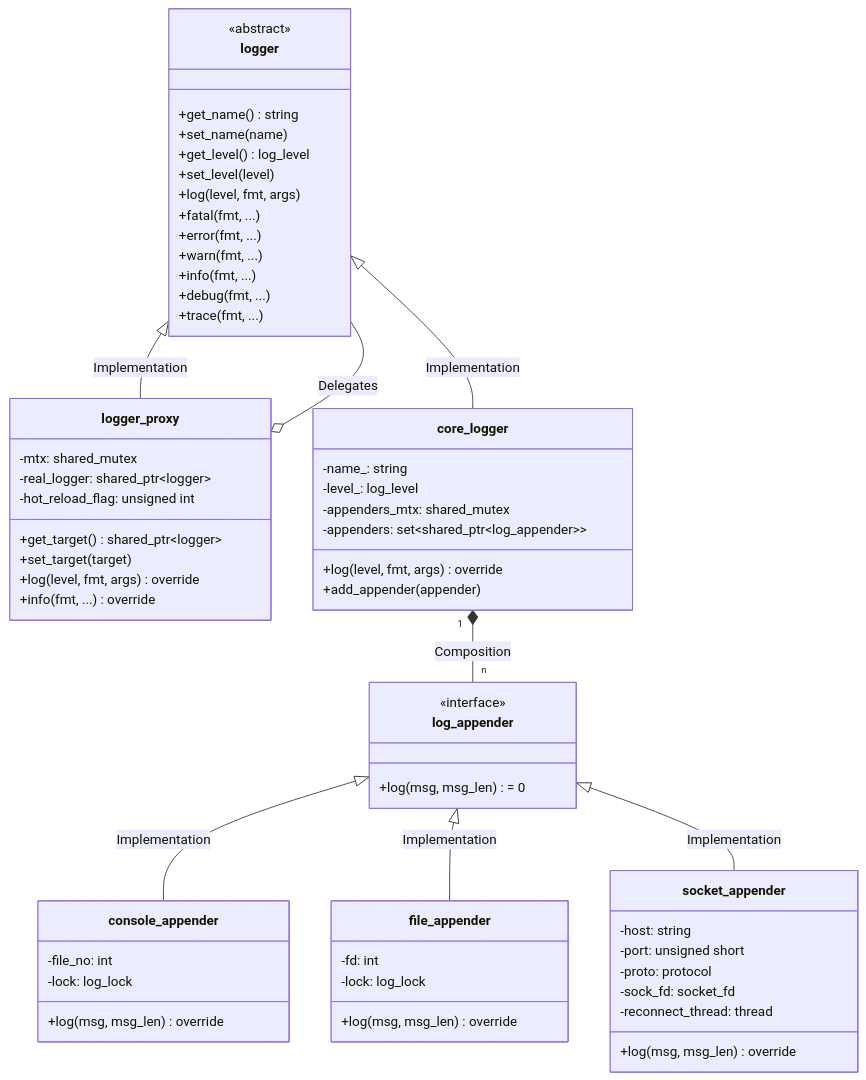
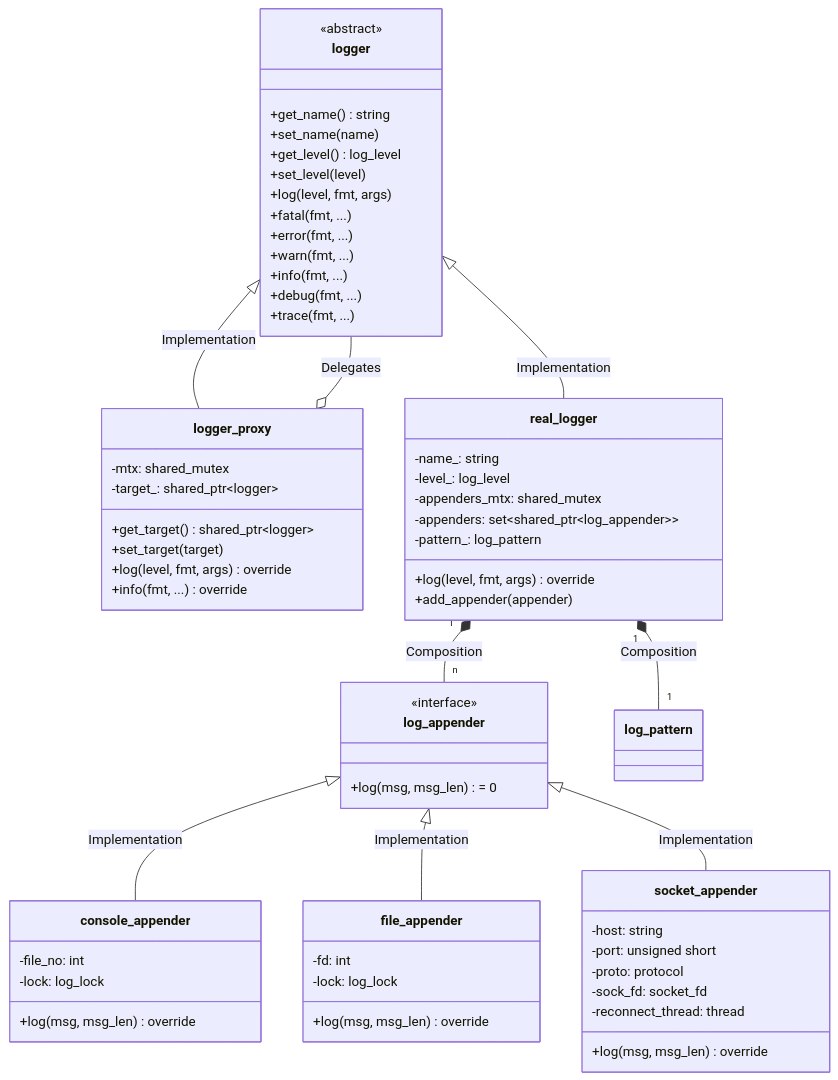
Before and after one commit to lwhttpdorg/log4cpp: the second of 10 diagrams in docs/DESIGN.md, drawn with Mermaid. The commit also changed other lines of this file and 20 other files, not shown here.

First line of the commit message:
refactor: rename core_logger to real_logger and instance-ize log_pattern

````diff
--- a/docs/DESIGN.md
+++ b/docs/DESIGN.md
@@ -77,71 +101,72 @@
 ```mermaid
 classDiagram
     class logger {
         <<abstract>>
         +get_name() string
         +set_name(name)
         +get_level() log_level
         +set_level(level)
         +log(level, fmt, args)
         +fatal(fmt, ...)
         +error(fmt, ...)
         +warn(fmt, ...)
         +info(fmt, ...)
         +debug(fmt, ...)
         +trace(fmt, ...)
     }
 
     class logger_proxy {
         -mtx: shared_mutex
-        -real_logger: shared_ptr~logger~
-        -hot_reload_flag: unsigned int
+        -target_: shared_ptr~logger~
         +get_target() shared_ptr~logger~
         +set_target(target)
         +log(level, fmt, args) override
         +info(fmt, ...) override
     }
 
-    class core_logger {
+    class real_logger {
         -name_: string
         -level_: log_level
         -appenders_mtx: shared_mutex
         -appenders: set~shared_ptr~log_appender~~
+        -pattern_: log_pattern
         +log(level, fmt, args) override
         +add_appender(appender)
     }
 
     class log_appender {
         <<interface>>
         +log(msg, msg_len) = 0
     }
 
     class console_appender {
         -file_no: int
         -lock: log_lock
         +log(msg, msg_len) override
     }
 
     class file_appender {
         -fd: int
         -lock: log_lock
         +log(msg, msg_len) override
     }
 
     class socket_appender {
         -host: string
         -port: unsigned short
         -proto: protocol
         -sock_fd: socket_fd
         -reconnect_thread: thread
         +log(msg, msg_len) override
     }
 
     logger <|-- logger_proxy : Implementation
-    logger <|-- core_logger : Implementation
-	logger_proxy o-- logger : Delegates
+    logger <|-- real_logger : Implementation
+    logger_proxy o-- logger : Delegates
     log_appender <|-- console_appender : Implementation
     log_appender <|-- file_appender : Implementation
     log_appender <|-- socket_appender : Implementation
 
-    core_logger "1" *-- "n" log_appender : Composition
+    real_logger "1" *-- "n" log_appender : Composition
+    real_logger "1" *-- "1" log_pattern : Composition
 ```
````
